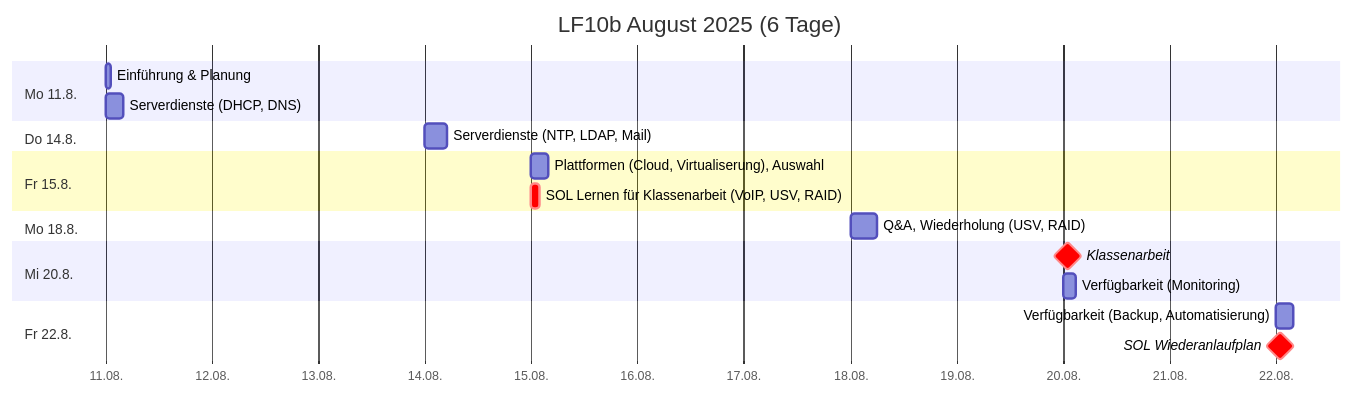
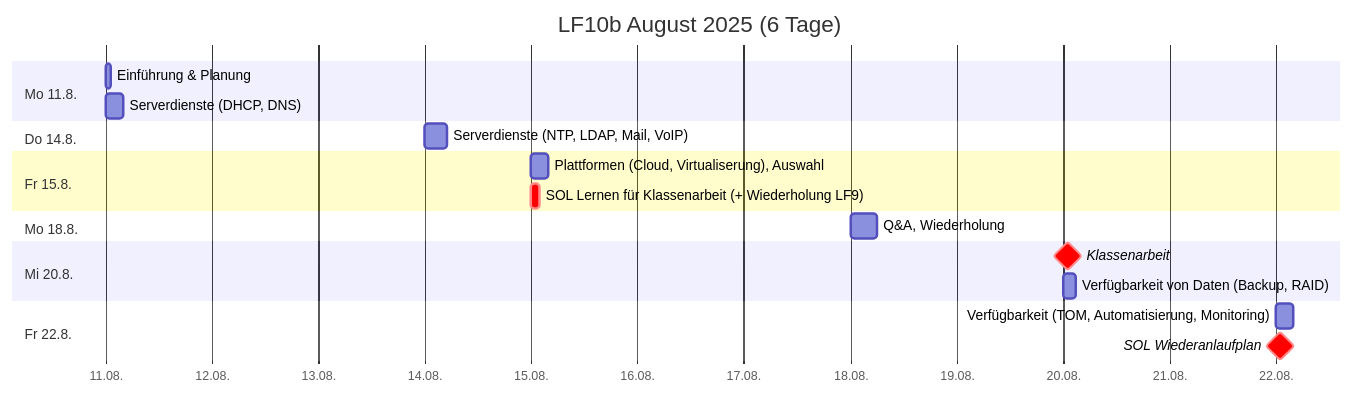
The first of 3 diagrams in src/plan.md (johannesloetzsch/LF10b), drawn with Mermaid before and after one commit. The commit also changed other lines of this file and 10 other files, not shown here.

````diff
--- a/src/plan.md
+++ b/src/plan.md
@@ -7,22 +7,22 @@
 ```mermaid
 gantt
  title LF10b August 2025 (6 Tage)
  dateFormat YYYY-MM-DD
  axisFormat %d.%m.
  section Mo 11.8.
   Einführung & Planung          :2025-08-11, 1h
   Serverdienste (DHCP, DNS)     :2025-08-11, 4h
  section Do 14.8.
-  Serverdienste (NTP, LDAP, Mail) :2025-08-14, 5h
+  Serverdienste (NTP, LDAP, Mail, VoIP) :2025-08-14, 5h
  section Fr 15.8.
-  Plattformen (Cloud, Virtualiserung), Auswahl          :2025-08-15, 4h
-  SOL Lernen für Klassenarbeit (VoIP, USV, RAID)  :crit, 2025-08-15, 2h
+  Plattformen (Cloud, Virtualiserung), Auswahl    :2025-08-15, 4h
+  SOL Lernen für Klassenarbeit (+ Wiederholung LF9)  :crit, 2025-08-15, 2h
  section Mo 18.8.
-  Q&A, Wiederholung (USV, RAID) :2025-08-18, 6h
+  Q&A, Wiederholung             :2025-08-18, 6h
  section Mi 20.8.
   Klassenarbeit                 :crit, milestone, 2025-08-20, 2h
-  Verfügbarkeit (Monitoring)    :2025-08-20, 3h
+  Verfügbarkeit von Daten (Backup, RAID)  :2025-08-20, 3h
  section Fr 22.8.
-  Verfügbarkeit (Backup, Automatisierung) :2025-08-22, 4h
+  Verfügbarkeit (TOM, Automatisierung, Monitoring) :2025-08-22, 4h
   SOL Wiederanlaufplan          :crit, milestone, 2025-08-22, 2h
 ```
````
